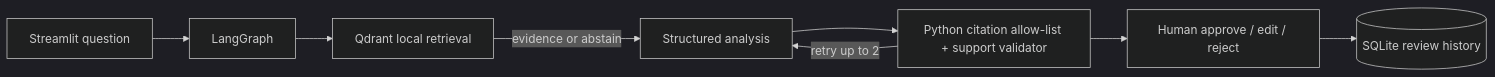
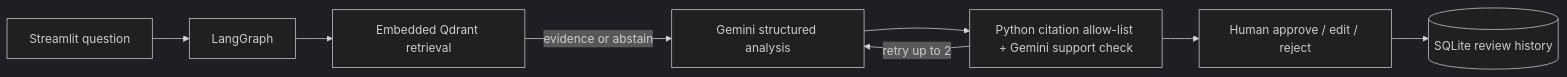
Before and after one commit to Panth19/QualityCopilot: the diagram in README.md, drawn with Mermaid (dark theme). The commit also changed other lines of this file and 5 other files, not shown here.

````diff
--- a/README.md
+++ b/README.md
@@ -48,10 +46,10 @@
 ```mermaid
 flowchart LR
   U[Streamlit question] --> G[LangGraph]
-  G --> R[Qdrant local retrieval]
-  R -->|evidence or abstain| A[Structured analysis]
-  A --> V[Python citation allow-list + support validator]
+  G --> R[Embedded Qdrant retrieval]
+  R -->|evidence or abstain| A[Gemini structured analysis]
+  A --> V[Python citation allow-list + Gemini support check]
   V -->|retry up to 2| A
   V --> H[Human approve / edit / reject]
   H --> S[(SQLite review history)]
 ```
````
